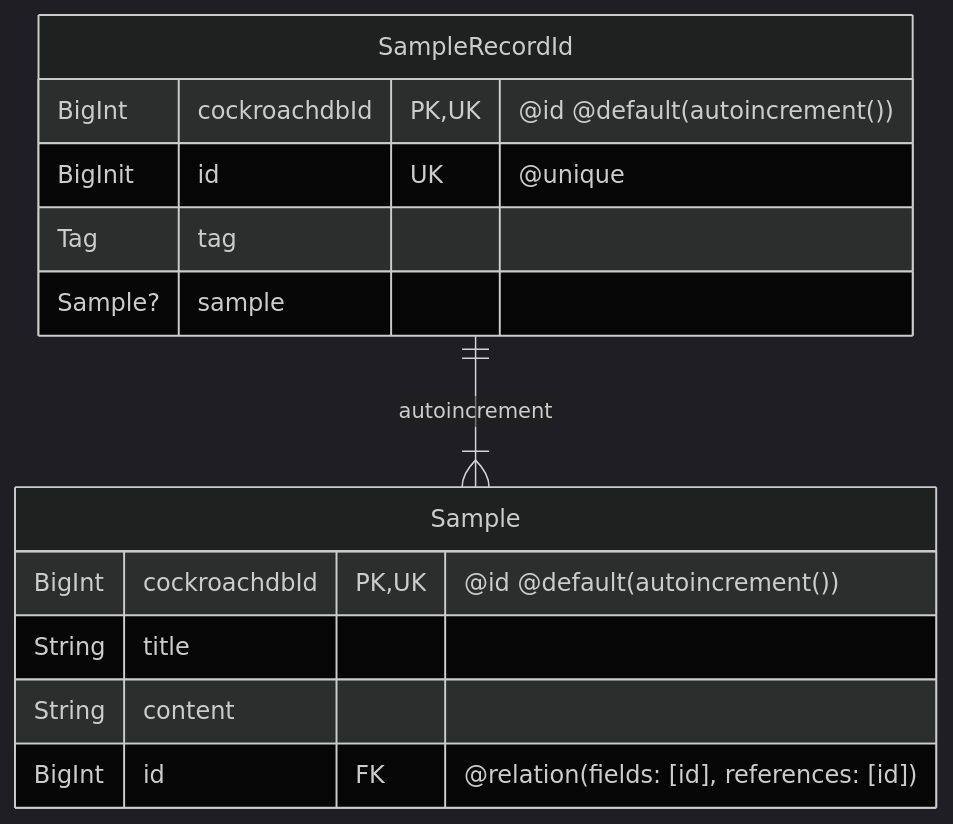
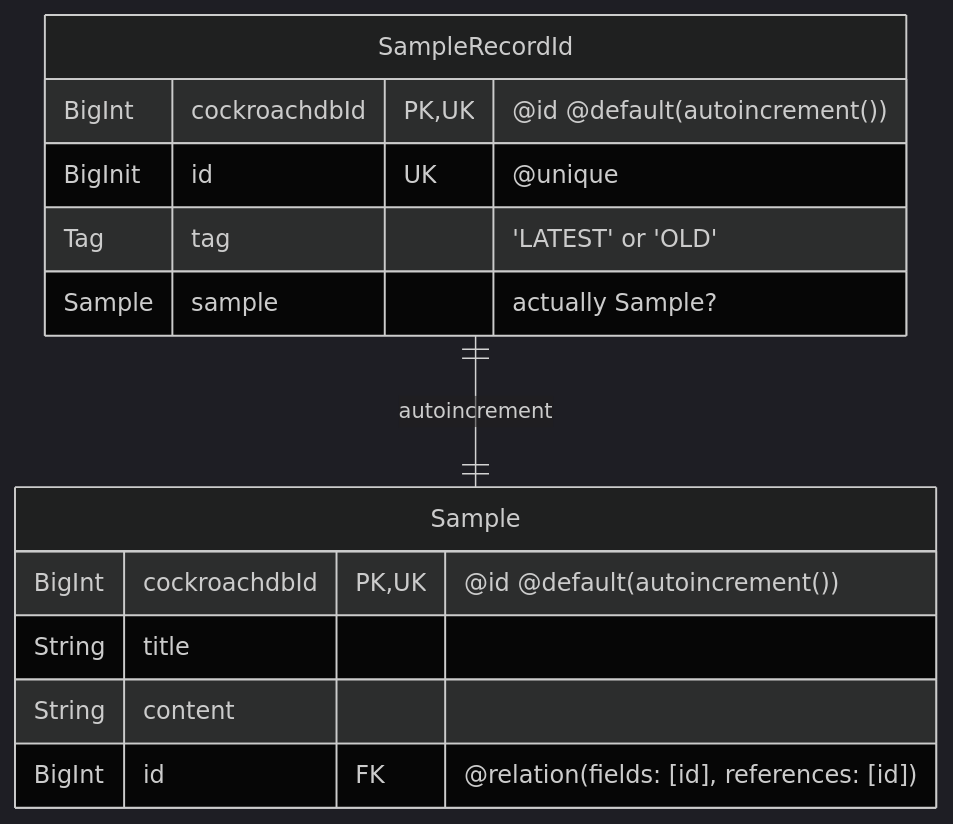
Before and after one commit to Myxogastria0808/CockroachDB-mytutorial: the diagram in README.md, drawn with Mermaid (dark theme).

Commit message:
update CRUD

````diff
--- a/README.md
+++ b/README.md
@@ -25,16 +25,16 @@
 ```mermaid
 erDiagram
-    SampleRecordId ||--|{ Sample : autoincrement
+    SampleRecordId ||--|| Sample : autoincrement
     SampleRecordId {
         BigInt cockroachdbId PK, UK "@id @default(autoincrement())"
         BigInit id UK "@unique"
-        Tag tag
-        Sample? sample
+        Tag tag "'LATEST' or 'OLD'"
+        Sample sample "actually Sample?"
     }
     Sample {
         BigInt cockroachdbId PK, UK "@id @default(autoincrement())"
         String title
         String content
         BigInt id FK "@relation(fields: [id], references: [id])"
     }
 ```
````
